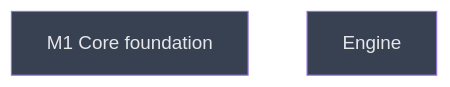
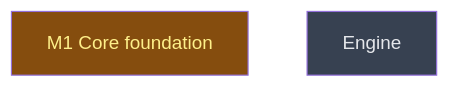
The diagram in __roadmap__/roadmap-mcp-rework/core/README.md (CrackingShells/cracking-shells-playbook), drawn with Mermaid before and after one commit. The commit also changed other lines of this file and 11 other files, not shown here.

First line of the commit message:
chore(roadmap): mark the m1-core-foundation campaign done

````diff
--- a/__roadmap__/roadmap-mcp-rework/core/README.md
+++ b/__roadmap__/roadmap-mcp-rework/core/README.md
@@ -17,10 +17,10 @@
 ```mermaid
 graph TD
-    m1_core_foundation[M1 Core foundation]:::planned
+    m1_core_foundation[M1 Core foundation]:::inprogress
     engine[Engine]:::planned
     classDef done       fill:#166534,color:#bbf7d0
     classDef inprogress fill:#854d0e,color:#fef08a
     classDef planned    fill:#374151,color:#e5e7eb
     classDef amendment  fill:#1e3a5f,color:#bfdbfe
     classDef blocked    fill:#7f1d1d,color:#fecaca
 ```
````
